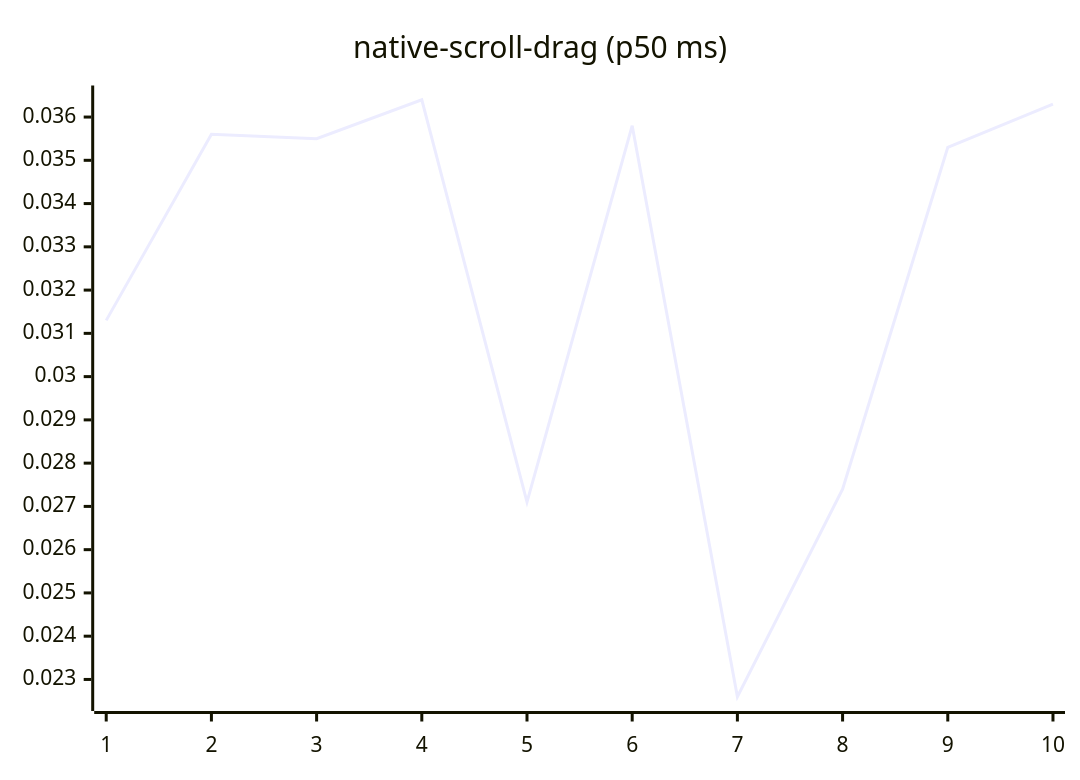
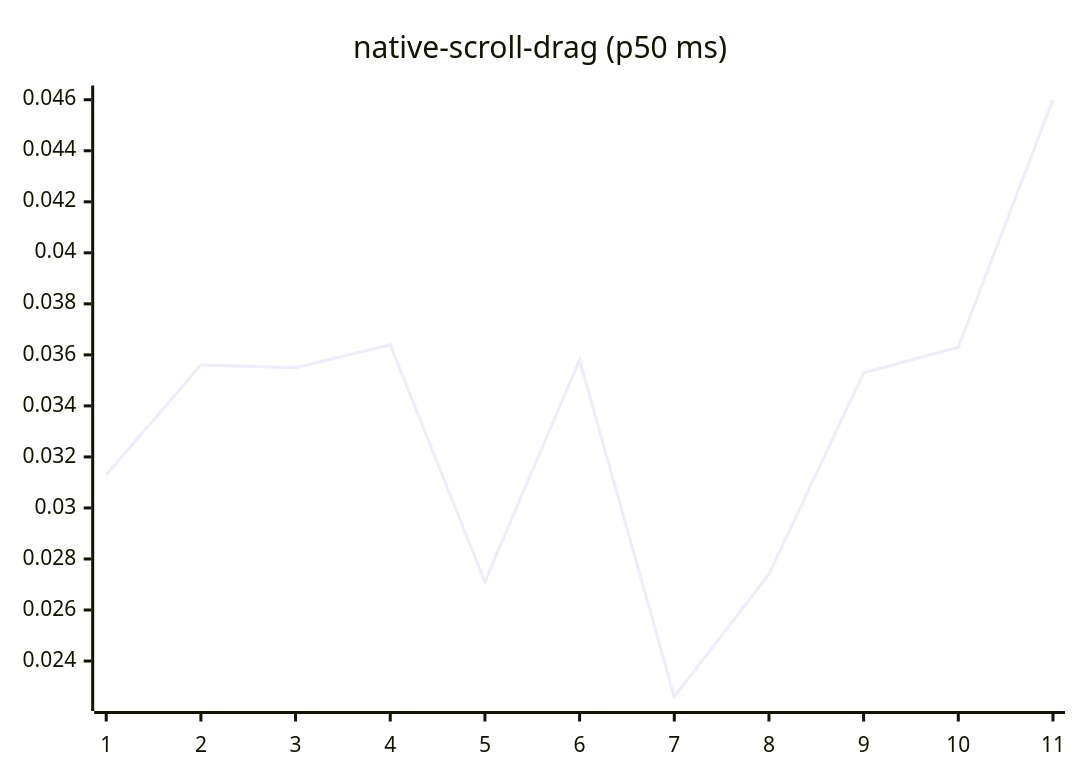
One commit to josha/Facet changed diagram 14 of 27 in README.md. Above: the diagram before and after it, drawn with Mermaid. The commit also changed other lines of this file and 2 other files, not shown here.

````diff
--- a/README.md
+++ b/README.md
@@ -154,6 +154,6 @@
 ```mermaid
 xychart-beta
     title "native-scroll-drag (p50 ms)"
-    x-axis 1 --> 10
-    line [0.0313, 0.0356, 0.0355, 0.0364, 0.0271, 0.0358, 0.0226, 0.0274, 0.0353, 0.0363]
+    x-axis 1 --> 11
+    line [0.0313, 0.0356, 0.0355, 0.0364, 0.0271, 0.0358, 0.0226, 0.0274, 0.0353, 0.0363, 0.0460]
 ```
````
